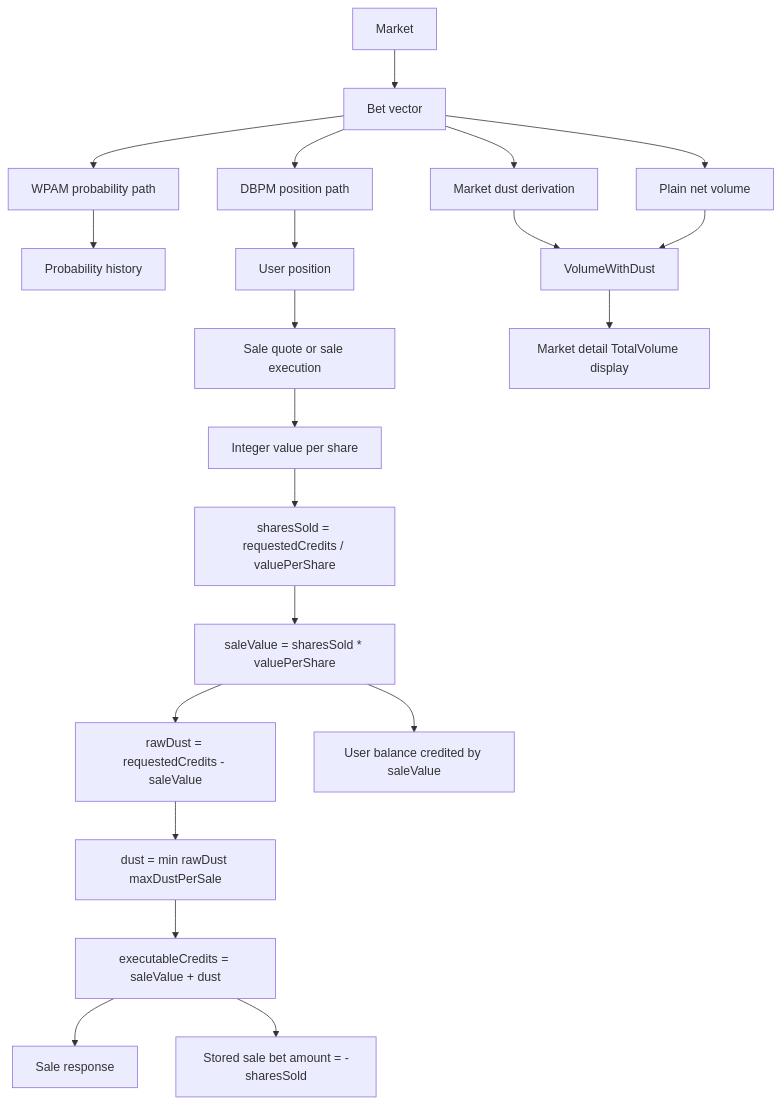
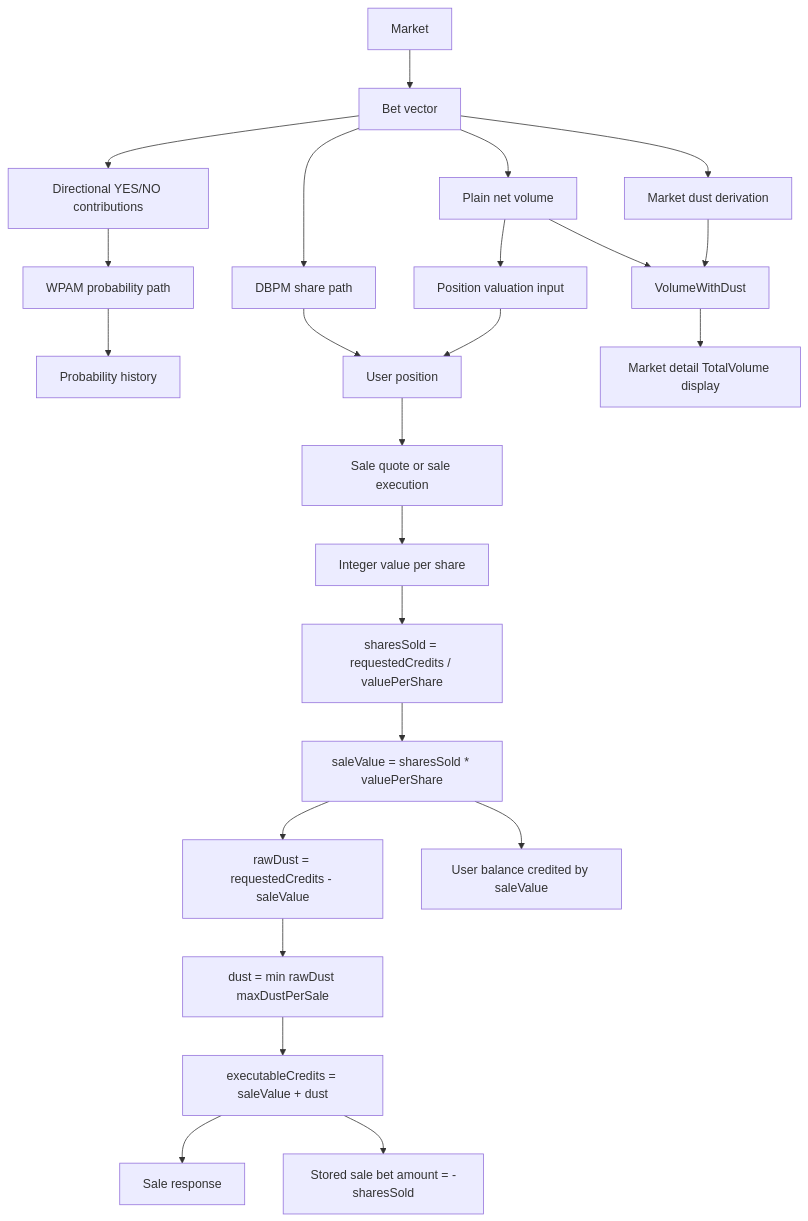
The diagram in README/MATH/README-MATH-MARKET-FLOWS.md (openpredictionmarkets/socialpredict), drawn with Mermaid before and after one commit. The commit also changed other lines of this file, not shown here.

Commit message:
docs: clarify dust and probability accounting

````diff
--- a/README/MATH/README-MATH-MARKET-FLOWS.md
+++ b/README/MATH/README-MATH-MARKET-FLOWS.md
@@ -21,23 +21,26 @@
 ```mermaid
 flowchart TD
     A[Market] --> B[Bet vector]
-    B --> C[WPAM probability path]
-    B --> D[DBPM position path]
-    C --> E[Probability history]
-    D --> F[User position]
+    B --> C[Directional YES/NO contributions]
+    C --> D[WPAM probability path]
+    B --> E[DBPM share path]
+    B --> R[Plain net volume]
+    R --> V[Position valuation input]
+    E --> F[User position]
+    V --> F
+    D --> PH[Probability history]
     F --> G[Sale quote or sale execution]
     G --> H[Integer value per share]
     H --> I[sharesSold = requestedCredits / valuePerShare]
     I --> J[saleValue = sharesSold * valuePerShare]
     J --> K[rawDust = requestedCredits - saleValue]
     K --> L[dust = min rawDust maxDustPerSale]
     L --> M[executableCredits = saleValue + dust]
     M --> N[Sale response]
     M --> O[Stored sale bet amount = -sharesSold]
     J --> P[User balance credited by saleValue]
     B --> Q[Market dust derivation]
-    B --> R[Plain net volume]
     Q --> S[VolumeWithDust]
     R --> S
     S --> T[Market detail TotalVolume display]
 ```
````
